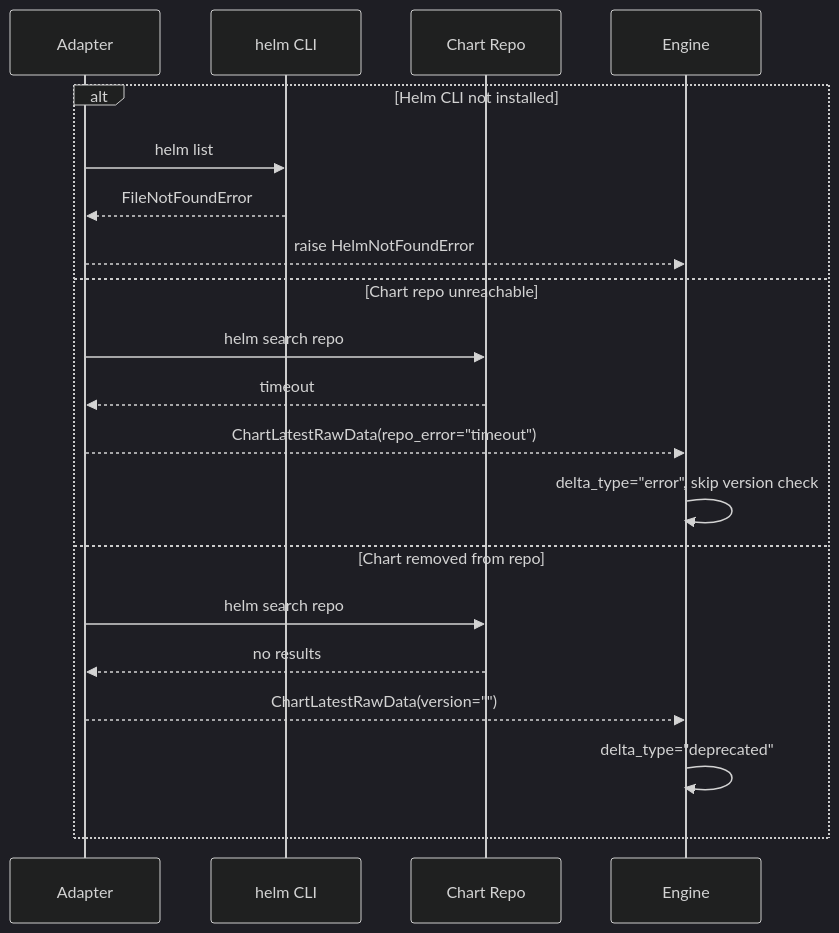
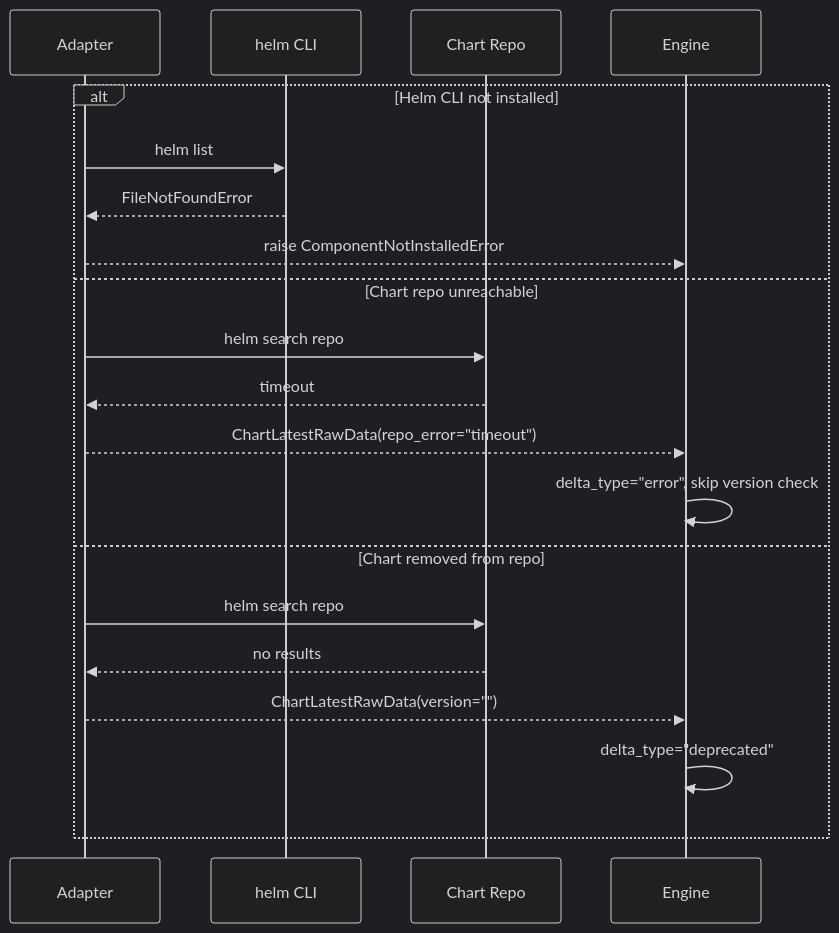
The second of 2 diagrams in docs/use-cases/89-detect-outdated-helm-releases.md (hexa-tools/hexawyn), drawn with Mermaid (dark theme) before and after one commit. The commit also changed 12 other files, not shown here.

````diff
--- a/docs/use-cases/89-detect-outdated-helm-releases.md
+++ b/docs/use-cases/89-detect-outdated-helm-releases.md
@@ -60,23 +60,23 @@
 ```mermaid
 sequenceDiagram
     participant Adapter as Adapter
     participant Helm as helm CLI
     participant Repo as Chart Repo
     participant Engine as Engine
 
     alt Helm CLI not installed
         Adapter->>Helm: helm list
         Helm-->>Adapter: FileNotFoundError
-        Adapter-->>Engine: raise HelmNotFoundError
+        Adapter-->>Engine: raise ComponentNotInstalledError
     else Chart repo unreachable
         Adapter->>Repo: helm search repo
         Repo-->>Adapter: timeout
         Adapter-->>Engine: ChartLatestRawData(repo_error="timeout")
         Engine->>Engine: delta_type="error", skip version check
     else Chart removed from repo
         Adapter->>Repo: helm search repo
         Repo-->>Adapter: no results
         Adapter-->>Engine: ChartLatestRawData(version="")
         Engine->>Engine: delta_type="deprecated"
     end
 ```
````
